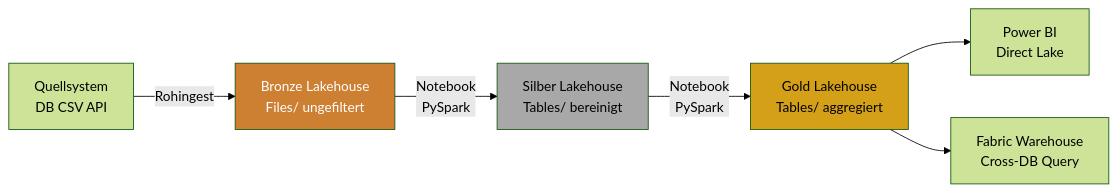
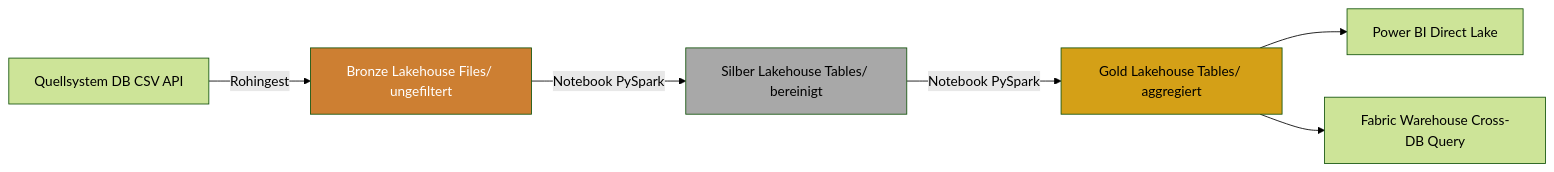
One commit to SoniiiT/notes-n-docs changed the second of 3 diagrams in Microsoft 365/Azure/Fabric/Fabric Lakehouse.md. Above: the diagram before and after it, drawn with Mermaid (forest theme). The commit also changed other lines of this file and 124 other files, not shown here.

First line of the commit message:
fix: Entferne \n aus allen Mermaid-Diagrammen (125 Dateien)

````diff
--- a/Microsoft 365/Azure/Fabric/Fabric Lakehouse.md
+++ b/Microsoft 365/Azure/Fabric/Fabric Lakehouse.md
@@ -198,12 +198,12 @@
 ```mermaid
 graph LR
-    SRC[Quellsystem\nDB CSV API] -->|Rohingest| BR[Bronze Lakehouse\nFiles/ ungefiltert]
-    BR -->|Notebook\nPySpark| SI[Silber Lakehouse\nTables/ bereinigt]
-    SI -->|Notebook\nPySpark| GO[Gold Lakehouse\nTables/ aggregiert]
-    GO --> PBI[Power BI\nDirect Lake]
-    GO --> DW[Fabric Warehouse\nCross-DB Query]
+    SRC[Quellsystem DB CSV API] -->|Rohingest| BR[Bronze Lakehouse Files/ ungefiltert]
+    BR -->|Notebook PySpark| SI[Silber Lakehouse Tables/ bereinigt]
+    SI -->|Notebook PySpark| GO[Gold Lakehouse Tables/ aggregiert]
+    GO --> PBI[Power BI Direct Lake]
+    GO --> DW[Fabric Warehouse Cross-DB Query]
     
     style BR fill:#cd7f32,color:#fff
     style SI fill:#a8a8a8
     style GO fill:#d4a017
 ```
````
